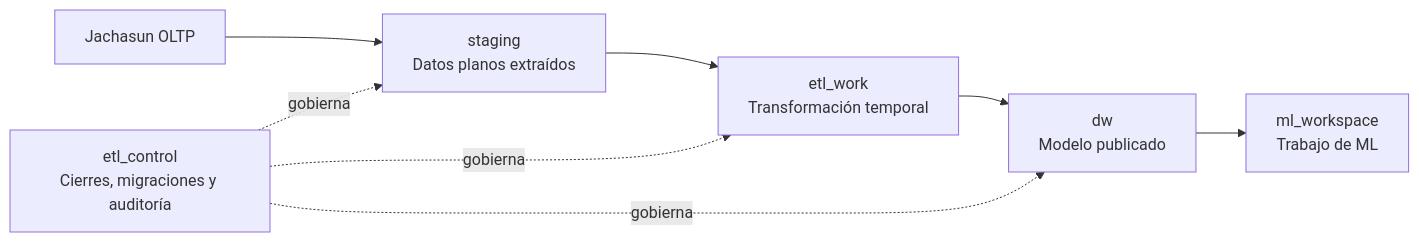
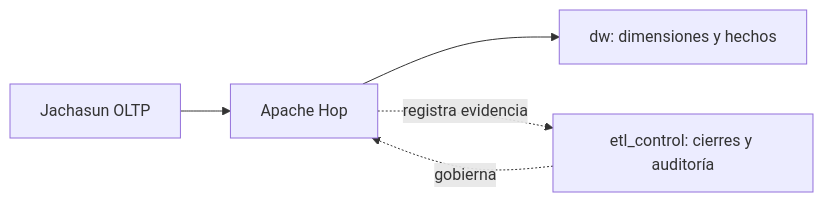
One commit to KEVIN-117/dss-system-architecture changed the diagram in docs/dw/analytical-platform-foundations.md. Above: the diagram before and after it, drawn with Mermaid. The commit also changed other lines of this file and 116 other files, not shown here.

Commit message:
feat(etl): consolidate Hop MVP workflows and controls

````diff
--- a/docs/dw/analytical-platform-foundations.md
+++ b/docs/dw/analytical-platform-foundations.md
@@ -7,10 +7,7 @@
 ```mermaid
 flowchart LR
-    OLTP[Jachasun OLTP] --> STG[staging\nDatos planos extraídos]
-    STG --> WORK[etl_work\nTransformación temporal]
-    WORK --> DWH[dw\nModelo publicado]
-    DWH --> ML[ml_workspace\nTrabajo de ML]
-    CTRL[etl_control\nCierres, migraciones y auditoría] -. gobierna .-> STG
-    CTRL -. gobierna .-> WORK
-    CTRL -. gobierna .-> DWH
+    OLTP[Jachasun OLTP] --> HOP[Apache Hop]
+    HOP --> DWH[dw: dimensiones y hechos]
+    CTRL[etl_control: cierres y auditoría] -. gobierna .-> HOP
+    HOP -. registra evidencia .-> CTRL
 ```
````
